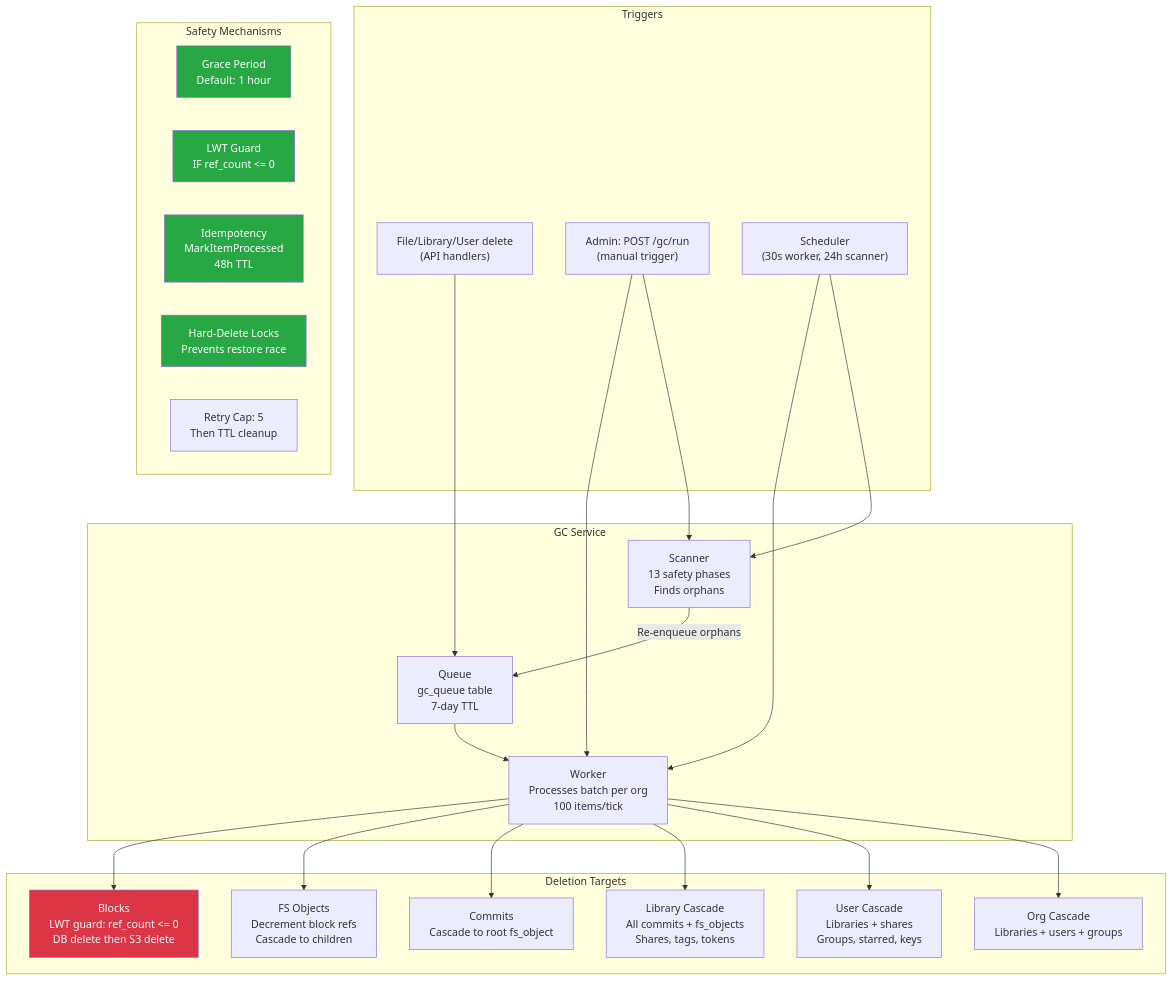
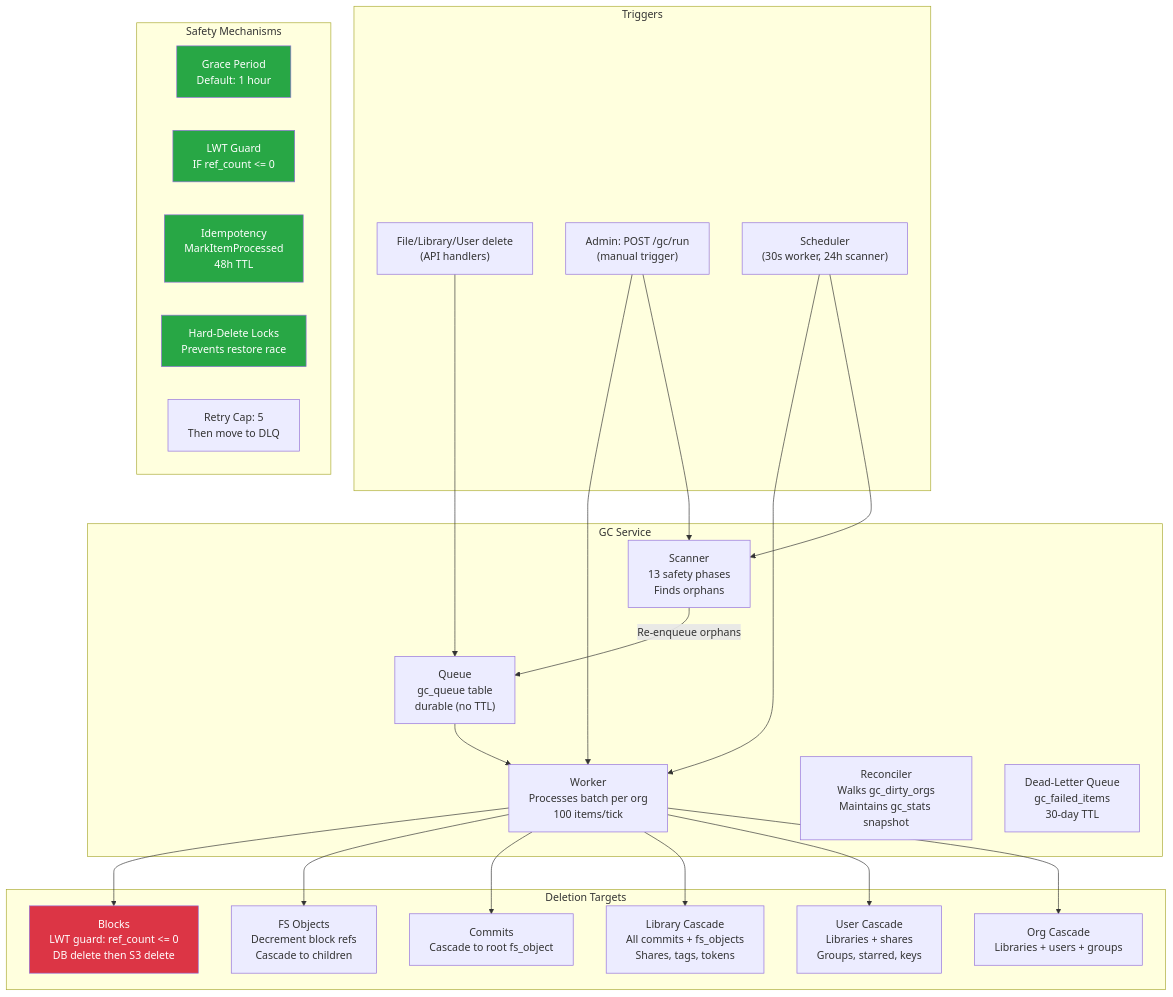
One commit to Sesame-Disk/cool-storage-api changed the diagram in docs/GC-SERVICE-ANALYSIS.md. Above: the diagram before and after it, drawn with Mermaid. The commit also changed other lines of this file and 18 other files, not shown here.

First line of the commit message:
Refactor GC Service and Database Schema

````diff
--- a/docs/GC-SERVICE-ANALYSIS.md
+++ b/docs/GC-SERVICE-ANALYSIS.md
@@ -12,51 +12,53 @@
 ```mermaid
 flowchart TD
     subgraph Triggers["Triggers"]
         API["File/Library/User delete<br/>(API handlers)"]
         Admin["Admin: POST /gc/run<br/>(manual trigger)"]
         Timer["Scheduler<br/>(30s worker, 24h scanner)"]
     end
 
     subgraph Service["GC Service"]
-        Queue["Queue<br/>gc_queue table<br/>7-day TTL"]
+        Queue["Queue<br/>gc_queue table<br/>durable (no TTL)"]
         Worker["Worker<br/>Processes batch per org<br/>100 items/tick"]
         Scanner["Scanner<br/>13 safety phases<br/>Finds orphans"]
+        Reconciler["Reconciler<br/>Walks gc_dirty_orgs<br/>Maintains gc_stats snapshot"]
+        DLQ["Dead-Letter Queue<br/>gc_failed_items<br/>30-day TTL"]
     end
 
     subgraph Targets["Deletion Targets"]
         Blocks["Blocks<br/>LWT guard: ref_count <= 0<br/>DB delete then S3 delete"]
         FSObj["FS Objects<br/>Decrement block refs<br/>Cascade to children"]
         Commits["Commits<br/>Cascade to root fs_object"]
         Libs["Library Cascade<br/>All commits + fs_objects<br/>Shares, tags, tokens"]
         Users["User Cascade<br/>Libraries + shares<br/>Groups, starred, keys"]
         Orgs["Org Cascade<br/>Libraries + users + groups"]
     end
 
     subgraph Safety["Safety Mechanisms"]
         Grace["Grace Period<br/>Default: 1 hour"]
         LWT["LWT Guard<br/>IF ref_count <= 0"]
         Idempotent["Idempotency<br/>MarkItemProcessed<br/>48h TTL"]
         Lock["Hard-Delete Locks<br/>Prevents restore race"]
-        Retry["Retry Cap: 5<br/>Then TTL cleanup"]
+        Retry["Retry Cap: 5<br/>Then move to DLQ"]
     end
 
     API --> Queue
     Timer --> Worker
     Timer --> Scanner
     Admin --> Worker
     Admin --> Scanner
     Scanner -->|"Re-enqueue orphans"| Queue
     Queue --> Worker
     Worker --> Blocks
     Worker --> FSObj
     Worker --> Commits
     Worker --> Libs
     Worker --> Users
     Worker --> Orgs
 
     style Blocks fill:#dc3545,color:#fff
     style Grace fill:#28a745,color:#fff
     style LWT fill:#28a745,color:#fff
     style Idempotent fill:#28a745,color:#fff
     style Lock fill:#28a745,color:#fff
 ```
````
